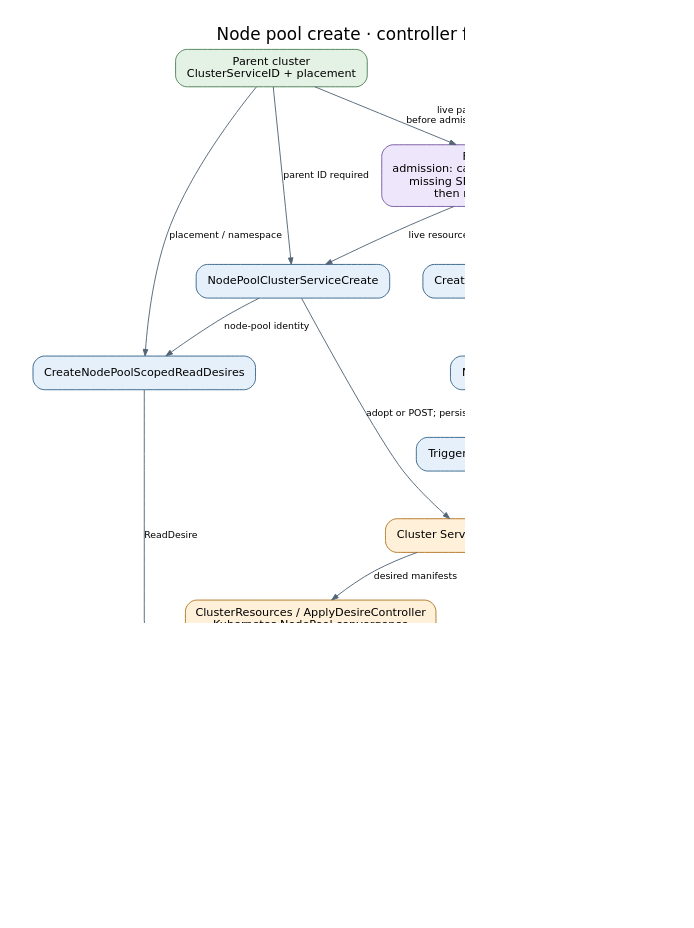
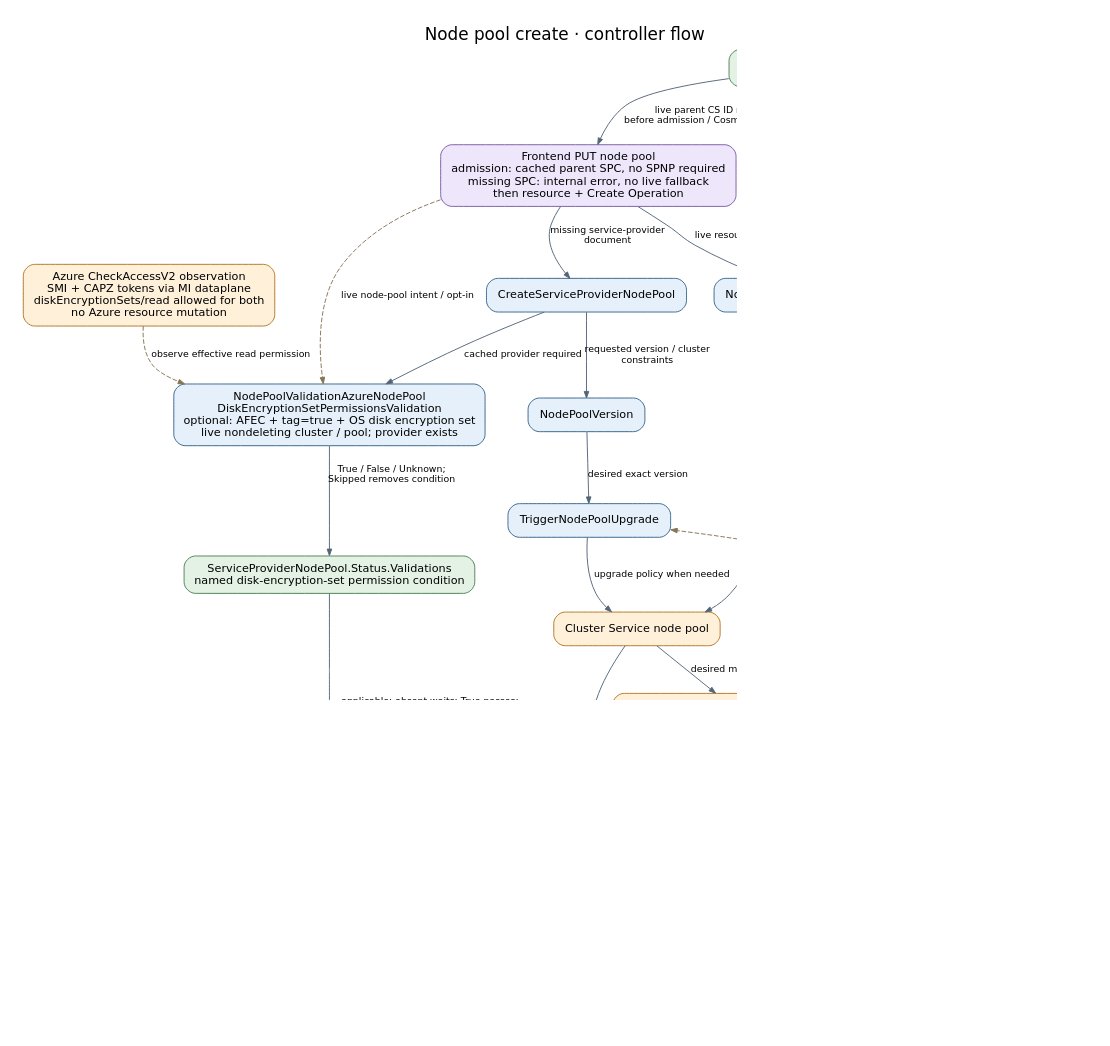
One commit to Azure/ARO-HCP changed the diagram in docs/generated/diagrams/controller-flows/nodepool-create.dot. Above: the diagram before and after it, drawn with Graphviz. The commit also changed 44 other files, not shown here.

```diff
--- a/docs/generated/diagrams/controller-flows/nodepool-create.dot
+++ b/docs/generated/diagrams/controller-flows/nodepool-create.dot
@@ -1,39 +1,47 @@
 digraph nodepool_create {
   graph [rankdir=TB, bgcolor="white", pad="0.3", nodesep="0.4", ranksep="0.55", fontname="DejaVu Sans", fontsize=18, labelloc=t, label="Node pool create · controller flow", dpi=110];
   node [shape=box, style="rounded,filled", fillcolor="#e6f0fa", color="#35648a", fontname="DejaVu Sans", fontsize=12, margin="0.16,0.10"];
   edge [color="#536577", fontname="DejaVu Sans", fontsize=10, arrowsize=0.7];
   api [label="Frontend PUT node pool\nadmission: cached parent SPC, no SPNP required\nmissing SPC: internal error, no live fallback\nthen resource + Create Operation", fillcolor="#eee7fb", color="#7b59a4"];
   parent [label="Parent cluster\nClusterServiceID + placement", fillcolor="#e4f2e5", color="#4c8053"];
   create [label="NodePoolClusterServiceCreate", fillcolor="#e6f0fa", color="#35648a"];
   sp [label="CreateServiceProviderNodePool", fillcolor="#e6f0fa", color="#35648a"];
   version [label="NodePoolVersion", fillcolor="#e6f0fa", color="#35648a"];
   upgrade [label="TriggerNodePoolUpgrade", fillcolor="#e6f0fa", color="#35648a"];
   cs [label="Cluster Service node pool", fillcolor="#fff0da", color="#b27624"];
   resources [label="ClusterResources / ApplyDesireController\nKubernetes NodePool convergence", fillcolor="#fff0da", color="#b27624"];
   read [label="CreateNodePoolScopedReadDesires", fillcolor="#e6f0fa", color="#35648a"];
   mirror [label="ReadDesireKubernetesController", fillcolor="#e6f0fa", color="#35648a"];
   active [label="NodePoolActiveVersions", fillcolor="#e6f0fa", color="#35648a"];
-  op [label="OperationNodePoolCreate\nmatching operation; nondeleting + CS ID\nno direct installed-version gate", fillcolor="#e6f0fa", color="#35648a"];
+  validation [label="NodePoolValidationAzureNodePool\nDiskEncryptionSetPermissionsValidation\noptional: AFEC + tag=true + OS disk encryption set\nlive nondeleting cluster / pool; provider exists", fillcolor="#e6f0fa", color="#35648a"];
+  permissions [label="Azure CheckAccessV2 observation\nSMI + CAPZ tokens via MI dataplane\ndiskEncryptionSets/read allowed for both\nno Azure resource mutation", fillcolor="#fff0da", color="#b27624"];
+  condition [label="ServiceProviderNodePool.Status.Validations\nnamed disk-encryption-set permission condition", fillcolor="#e4f2e5", color="#4c8053"];
+  op [label="OperationNodePoolCreate\nmatching operation; nondeleting; missing CS ID waits\nAND: CS status + mirrored spec/status\n+ permission condition only when applicable\nno direct installed-version gate", fillcolor="#e6f0fa", color="#35648a"];
   done [label="ARM operation terminal state", fillcolor="#e4f2e5", color="#4c8053"];
   api -> create [label="live resource; ID absent"];
   parent -> api [label="live parent CS ID required\nbefore admission / Cosmos transaction"];
   parent -> create [label="parent ID required"];
   api -> sp [label="missing service-provider\ndocument"];
   sp -> version [label="requested version / cluster\nconstraints"];
+  sp -> validation [label="cached provider required"];
+  api -> validation [label="live node-pool intent / opt-in", style=dashed, color="#857456"];
+  permissions -> validation [label="observe effective read permission", style=dashed, color="#857456"];
+  validation -> condition [label="True / False / Unknown;\nSkipped removes condition"];
+  condition -> op [label="applicable: absent waits; True passes;\nFalse / Unknown: fail only when condition\nAND operation age >= 30m; otherwise wait"];
   version -> upgrade [label="desired exact version"];
   create -> cs [label="adopt or POST; persist ID"];
   upgrade -> cs [label="upgrade policy when needed"];
   cs -> resources [label="desired manifests"];
   parent -> read [label="placement / namespace"];
   create -> read [label="node-pool identity"];
   resources -> mirror [label="observed NodePool"];
   read -> mirror [label="ReadDesire"];
   mirror -> active [label="observed version"];
   cs -> op [label="external state"];
   mirror -> op [label="label / taint subsets + scaling spec\nreplicas + health (skip health at fixed zero)"];
-  op -> done [label="complete or fail;\npending past deadline: selected code + reasons;\nonly InternalServerError becomes DeadlineExceeded"];
+  op -> done [label="complete or fail;\npending / observation error past deadline: fail;\nfully observed terminal result wins; see deadline table"];
   observed [label="Customer resource Status.ActiveVersions\nfull OCP versions", fillcolor="#e4f2e5", color="#4c8053"];
   active -> observed [label="separate Cosmos replace"];
   active -> upgrade [label="active versus desired", style=dashed, color="#857456", constraint=false];
   op -> op [label="pending: poll again", style=dashed, color="#857456", constraint=false];
 }
```
